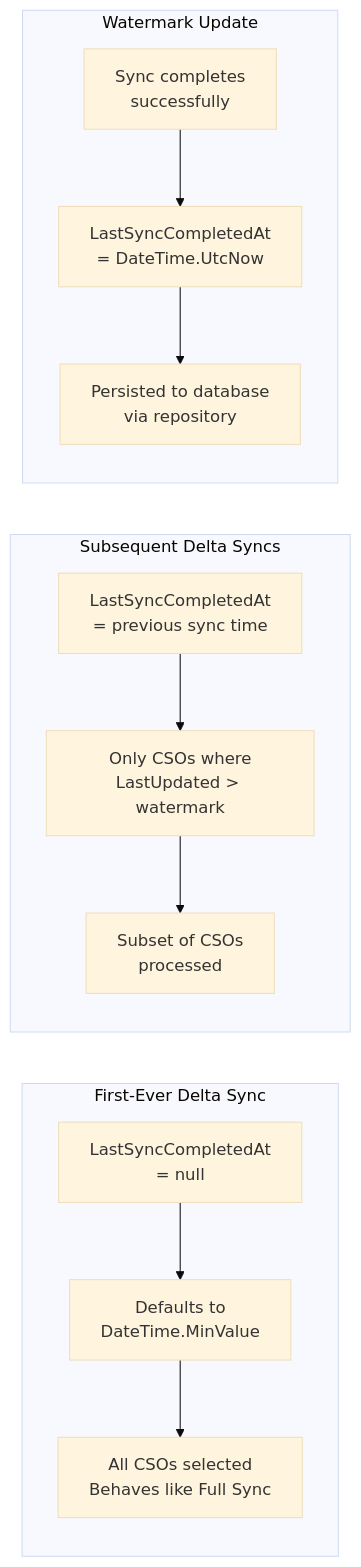
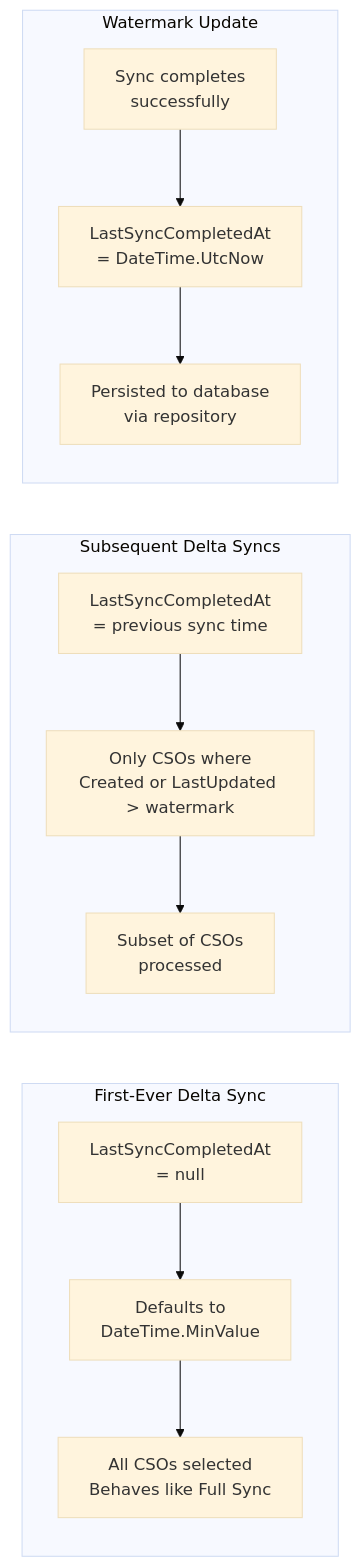
Before and after one commit to TetronIO/JIM: the second of 2 diagrams in docs/developer/diagrams/DELTA_SYNC_FLOW.md, drawn with Mermaid (base theme). The commit also changed other lines of this file and 28 other files, not shown here.

First line of the commit message:
docs: update documentation and diagrams for v0.16.0 release

````diff
--- a/docs/developer/diagrams/DELTA_SYNC_FLOW.md
+++ b/docs/developer/diagrams/DELTA_SYNC_FLOW.md
@@ -58,17 +58,17 @@
 ```mermaid
 flowchart LR
     subgraph "First-Ever Delta Sync"
         NullWatermark[LastSyncCompletedAt<br/>= null] --> DefaultMin[Defaults to<br/>DateTime.MinValue]
         DefaultMin --> AllCSOs[All CSOs selected<br/>Behaves like Full Sync]
     end
 
     subgraph "Subsequent Delta Syncs"
-        PrevWatermark[LastSyncCompletedAt<br/>= previous sync time] --> FilterCSOs[Only CSOs where<br/>LastUpdated > watermark]
+        PrevWatermark[LastSyncCompletedAt<br/>= previous sync time] --> FilterCSOs[Only CSOs where<br/>Created or LastUpdated > watermark]
         FilterCSOs --> SubsetCSOs[Subset of CSOs<br/>processed]
     end
 
     subgraph "Watermark Update"
         SyncCompletes[Sync completes<br/>successfully] --> SetWatermark[LastSyncCompletedAt<br/>= DateTime.UtcNow]
         SetWatermark --> Persisted[Persisted to database<br/>via repository]
     end
 ```
````
